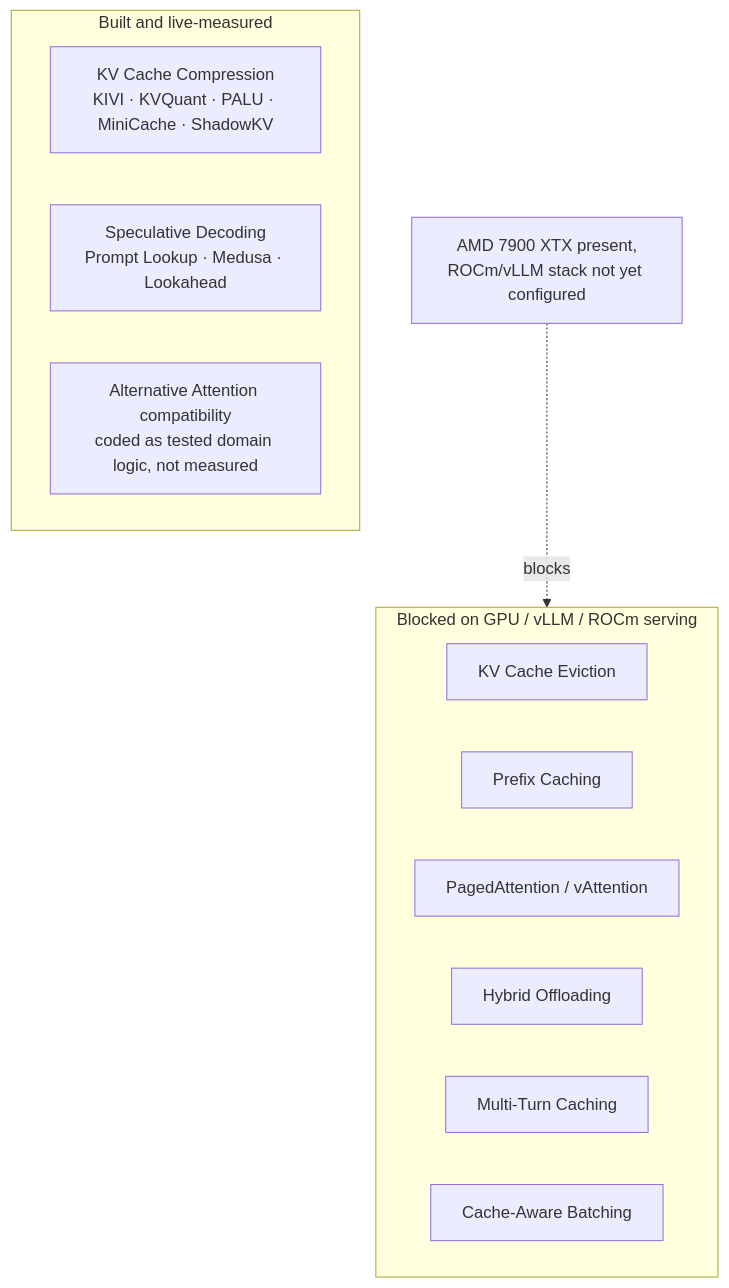
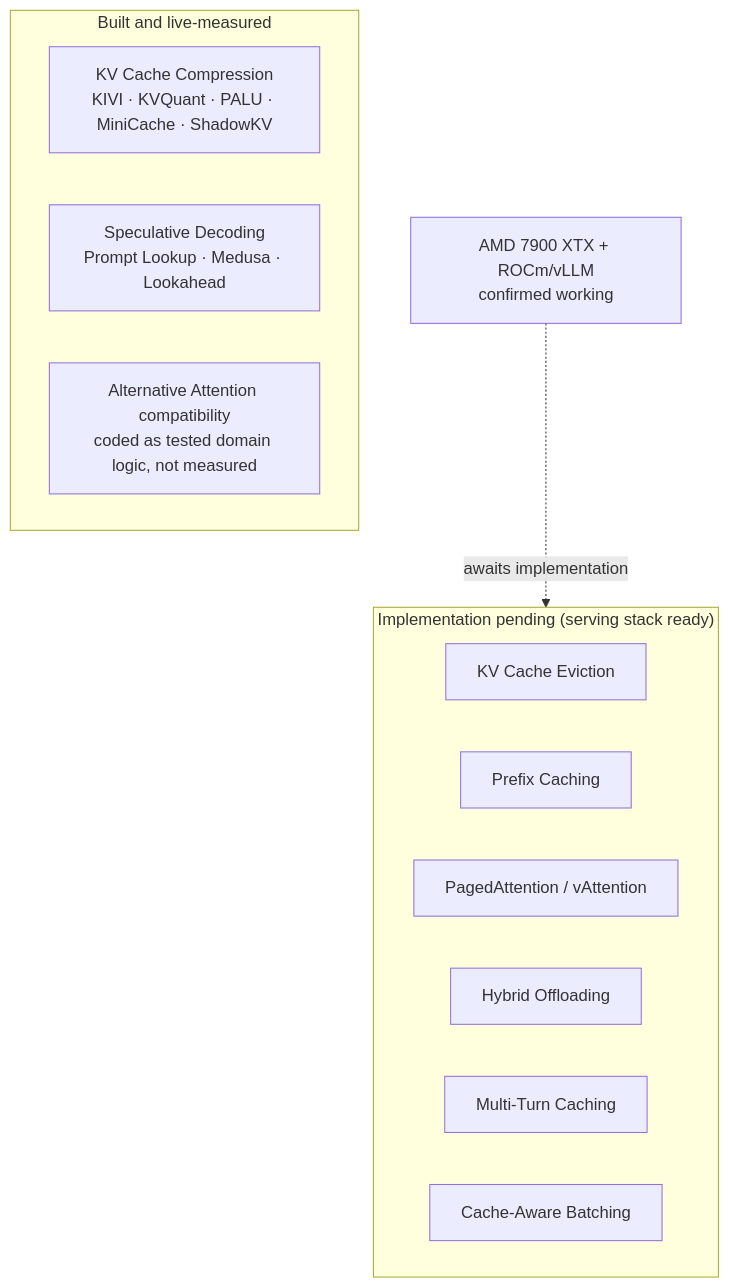
One commit to aaronrmDev/AI-AUGMENTED-GENERATION changed the diagram in docs/architecture/CAG.md. Above: the diagram before and after it, drawn with Mermaid. The commit also changed other lines of this file and 2 other files, not shown here.

Commit message:
fix: correct stale GPU/vLLM infra claims in CAG and overview docs
CAG.md, CONTEXT_GRAPH.md, and OVERVIEW.md all stated the ROCm/vLLM
serving stack "hasn't been stood up yet" and needs the hardware owner
physically present. That stack has existed since 2026-08-26 and was
re-verified working on 2026-09-05 (ROCm 7.2.0 + vLLM 0.28.0 on the
project's AMD 7900 XTX, a real generation with zero GEMM errors). The
six remaining CAG techniques wait on their own implementation and
measurement work now, not on infrastructure access.

````diff
--- a/docs/architecture/CAG.md
+++ b/docs/architecture/CAG.md
@@ -29,17 +29,17 @@
 ```mermaid
 flowchart TD
     subgraph built["Built and live-measured"]
         COMP["KV Cache Compression<br/>KIVI · KVQuant · PALU · MiniCache · ShadowKV"]
         SPEC["Speculative Decoding<br/>Prompt Lookup · Medusa · Lookahead"]
         ATTN["Alternative Attention compatibility<br/>coded as tested domain logic, not measured"]
     end
-    subgraph blocked["Blocked on GPU / vLLM / ROCm serving"]
+    subgraph blocked["Implementation pending (serving stack ready)"]
         EVICT["KV Cache Eviction"]
         PREFIX["Prefix Caching"]
         PAGED["PagedAttention / vAttention"]
         HYBRID["Hybrid Offloading"]
         MULTI["Multi-Turn Caching"]
         BATCH["Cache-Aware Batching"]
     end
-    HW["AMD 7900 XTX present,<br/>ROCm/vLLM stack not yet configured"] -.blocks.-> blocked
+    HW["AMD 7900 XTX + ROCm/vLLM<br/>confirmed working"] -.awaits implementation.-> blocked
 ```
````
